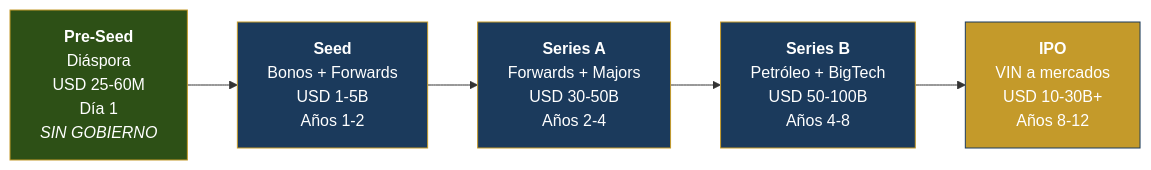
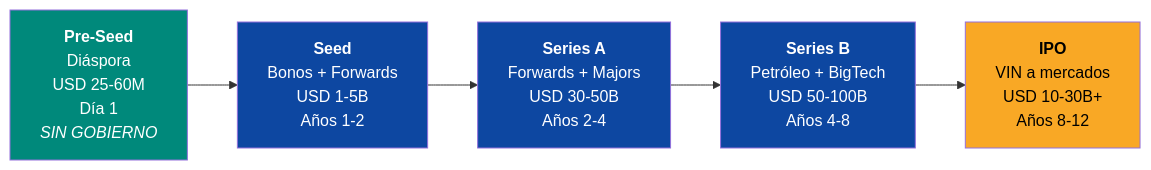
The second of 3 diagrams in docs/08-pitch/resumen-ejecutivo.md (Venezuela-S-A/venezuela-sa), drawn with Mermaid before and after one commit. The commit also changed other lines of this file and 127 other files, not shown here.

````diff
--- a/docs/08-pitch/resumen-ejecutivo.md
+++ b/docs/08-pitch/resumen-ejecutivo.md
@@ -52,13 +52,13 @@
 ```mermaid
 flowchart LR
     PS["<b>Pre-Seed</b><br/>Diáspora<br/>USD 25-60M<br/>Día 1<br/><i>SIN GOBIERNO</i>"] --> S["<b>Seed</b><br/>Bonos + Forwards<br/>USD 1-5B<br/>Años 1-2"]
     S --> A["<b>Series A</b><br/>Forwards + Majors<br/>USD 30-50B<br/>Años 2-4"]
     A --> B["<b>Series B</b><br/>Petróleo + BigTech<br/>USD 50-100B<br/>Años 4-8"]
     B --> IPO["<b>IPO</b><br/>VIN a mercados<br/>USD 10-30B+<br/>Años 8-12"]
 
-    style PS fill:#2d5016,stroke:#C49A2A,color:#fff
-    style S fill:#1B3A5C,stroke:#C49A2A,color:#fff
-    style A fill:#1B3A5C,stroke:#C49A2A,color:#fff
-    style B fill:#1B3A5C,stroke:#C49A2A,color:#fff
-    style IPO fill:#C49A2A,stroke:#1B3A5C,color:#fff
+    style PS fill:#00897B,color:#fff
+    style S fill:#0D47A1,color:#fff
+    style A fill:#0D47A1,color:#fff
+    style B fill:#0D47A1,color:#fff
+    style IPO fill:#F9A825,color:#000
 ```
````
